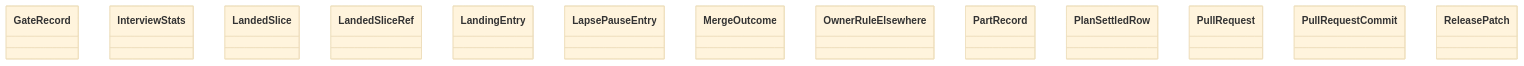
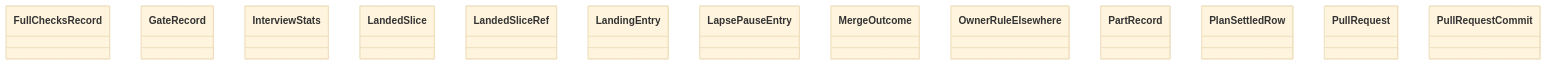
Before and after one commit to GonzaloZevallos/agentic-system: the diagram in docs/architecture/generated/classes-process-domain-state-4.md, drawn with Mermaid (base theme). The commit also changed other lines of this file and 10 other files, not shown here.

````diff
--- a/docs/architecture/generated/classes-process-domain-state-4.md
+++ b/docs/architecture/generated/classes-process-domain-state-4.md
@@ -21,16 +21,16 @@
 ```mermaid
 classDiagram
+    class task__FullChecksRecord["FullChecksRecord"]
     class task__GateRecord["GateRecord"]
     class task__InterviewStats["InterviewStats"]
     class task__LandedSlice["LandedSlice"]
     class task__LandedSliceRef["LandedSliceRef"]
     class task__LandingEntry["LandingEntry"]
     class task__LapsePauseEntry["LapsePauseEntry"]
     class task__MergeOutcome["MergeOutcome"]
     class task__OwnerRuleElsewhere["OwnerRuleElsewhere"]
     class task__PartRecord["PartRecord"]
     class task__PlanSettledRow["PlanSettledRow"]
     class task__PullRequest["PullRequest"]
     class task__PullRequestCommit["PullRequestCommit"]
-    class task__ReleasePatch["ReleasePatch"]
 ```
````
